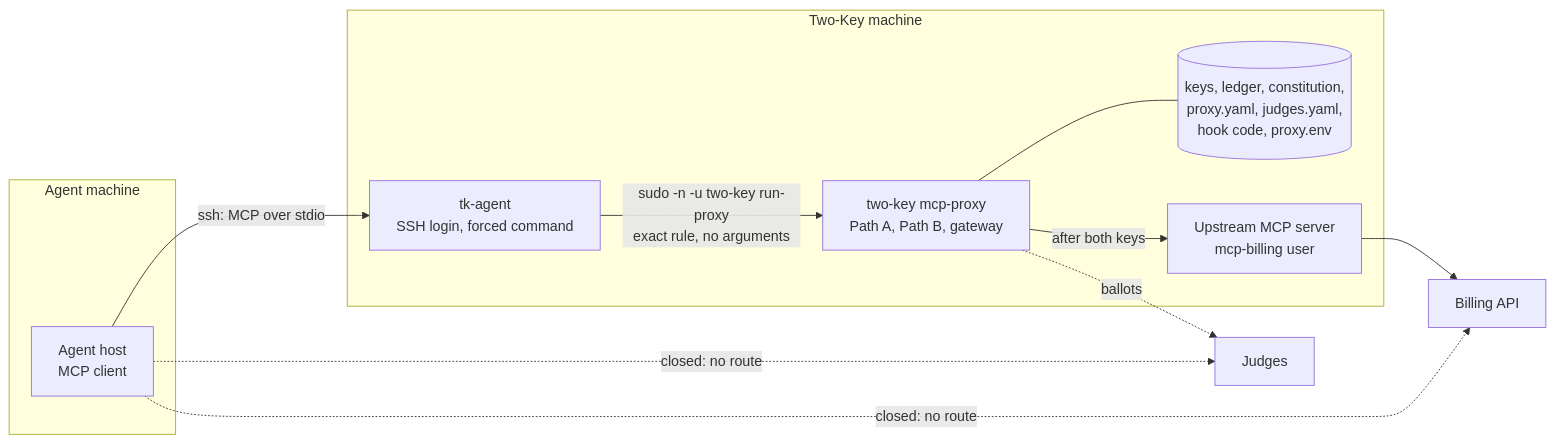
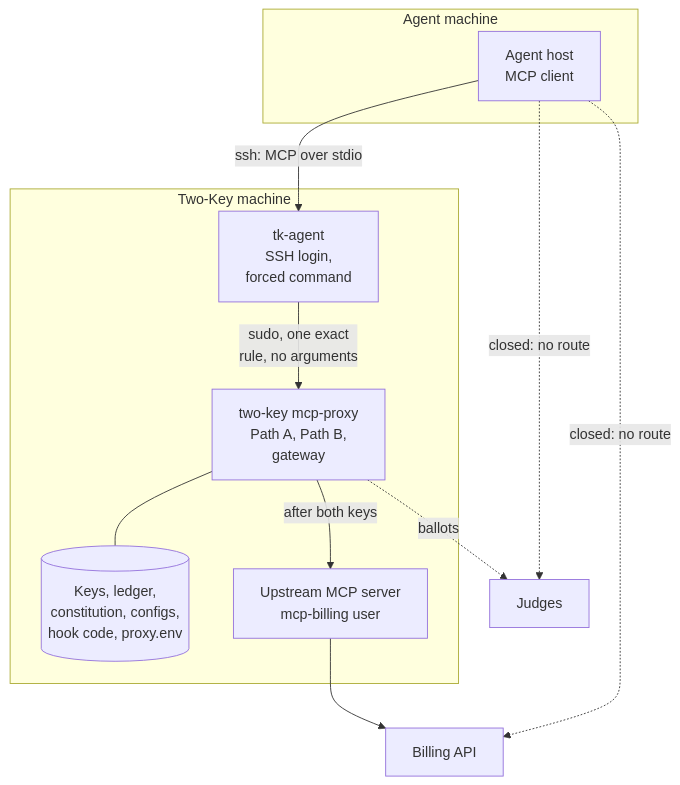
Before and after one commit to Insomniac-VibeLabs/two-key: the third of 5 diagrams in docs/CONNECTING.md, drawn with Mermaid. The commit also changed other lines of this file and 12 other files, not shown here.

First line of the commit message:
Redraw every diagram to one house style, checked by a test (#29)

````diff
--- a/docs/CONNECTING.md
+++ b/docs/CONNECTING.md
@@ -216,17 +220,17 @@
 ```mermaid
-flowchart LR
+flowchart TD
   subgraph agentmachine["Agent machine"]
     host["Agent host<br/>MCP client"]
   end
   subgraph tkmachine["Two-Key machine"]
-    login["tk-agent<br/>SSH login, forced command"] -- "sudo -n -u two-key run-proxy<br/>exact rule, no arguments" --> proxy["two-key mcp-proxy<br/>Path A, Path B, gateway"]
-    secrets[("keys, ledger, constitution,<br/>proxy.yaml, judges.yaml,<br/>hook code, proxy.env")]
+    login["tk-agent<br/>SSH login,<br/>forced command"] -- "sudo, one exact<br/>rule, no arguments" --> proxy["two-key mcp-proxy<br/>Path A, Path B,<br/>gateway"]
+    secrets[("Keys, ledger,<br/>constitution, configs,<br/>hook code, proxy.env")]
     proxy --- secrets
     proxy -- "after both keys" --> up["Upstream MCP server<br/>mcp-billing user"]
   end
   host -- "ssh: MCP over stdio" --> login
   up --> api["Billing API"]
   proxy -. "ballots" .-> judges["Judges"]
   host -. "closed: no route" .-> api
   host -. "closed: no route" .-> judges
 ```
````
